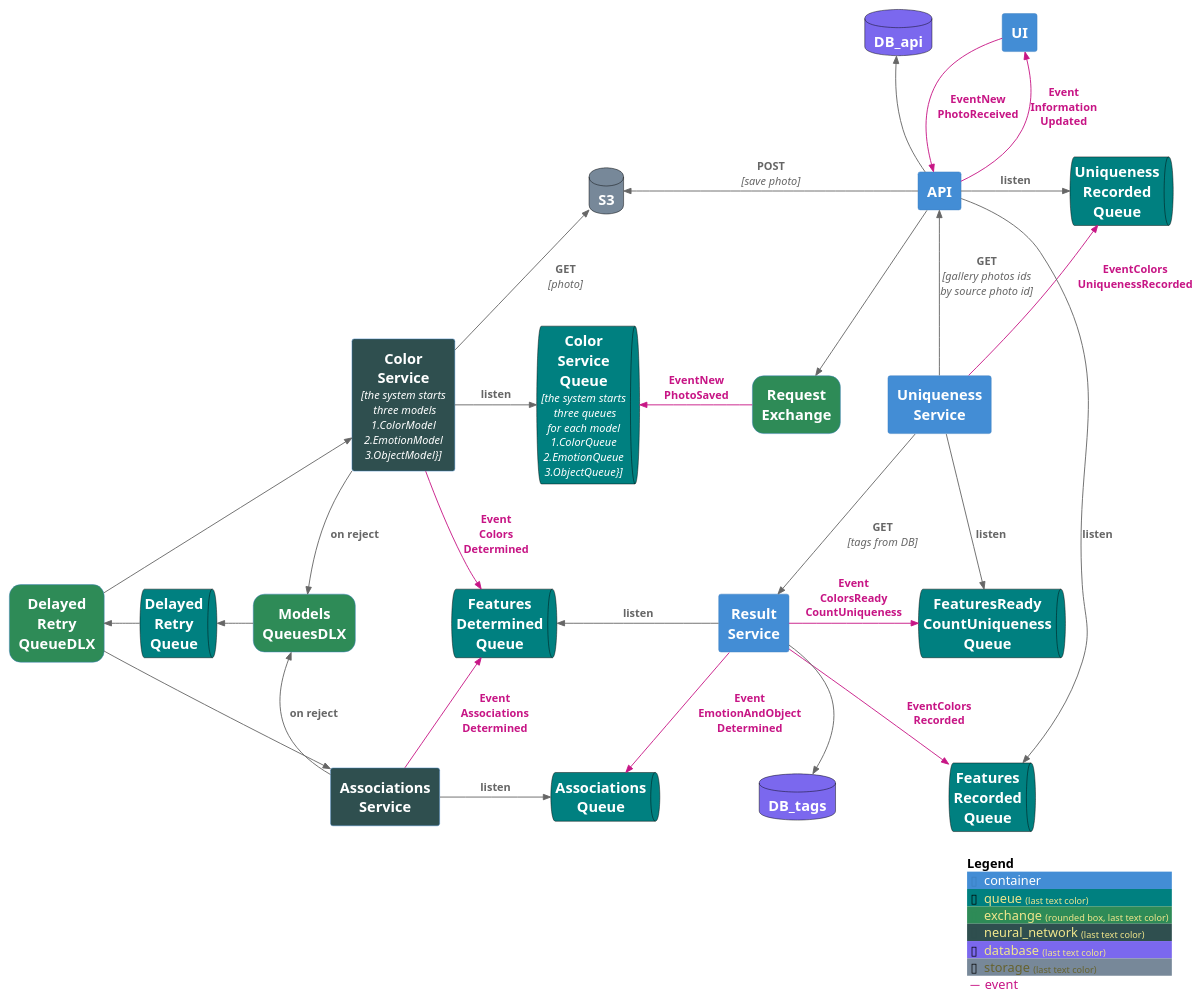
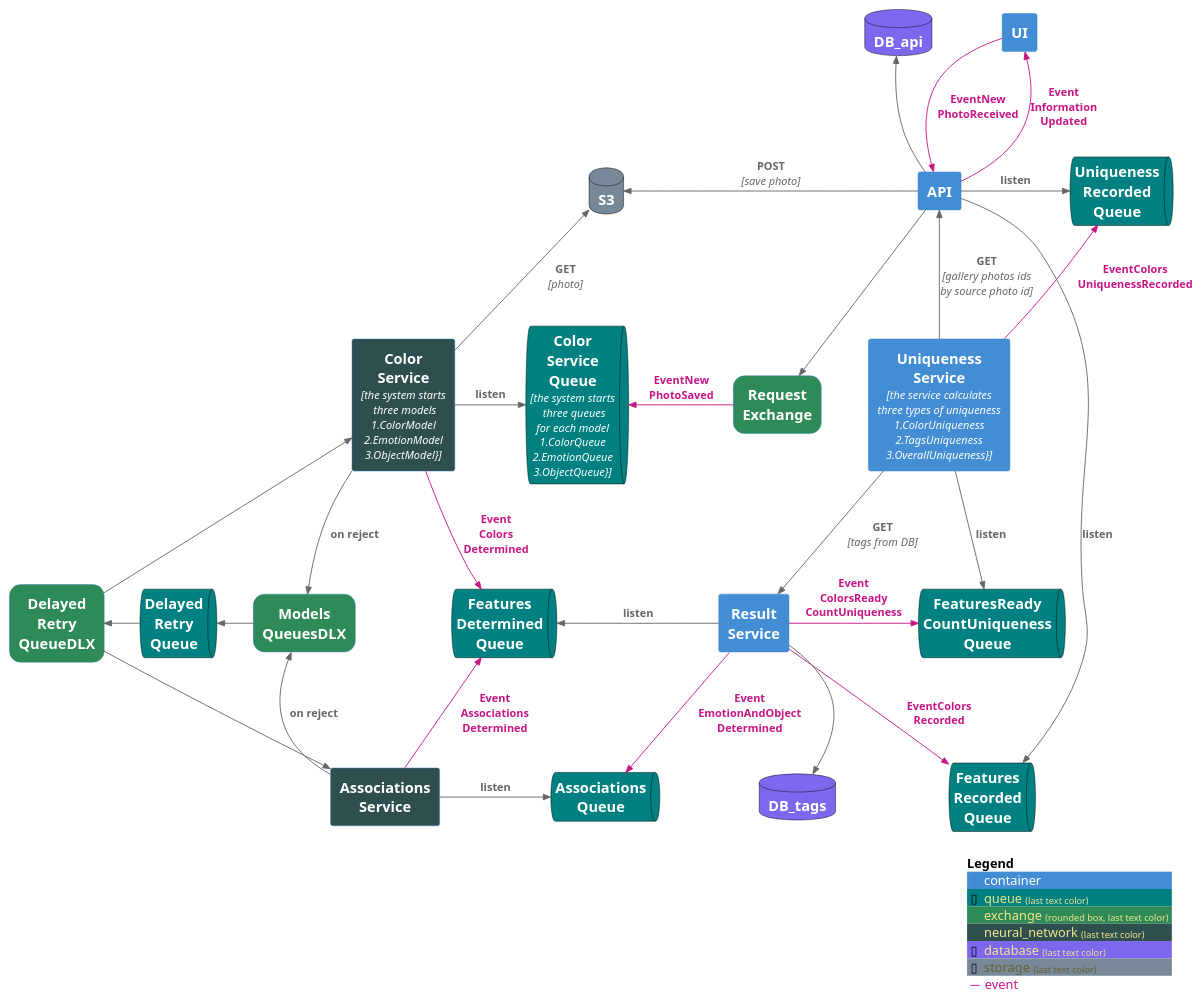
One commit to TourmalineCore/picachu-documentation changed the diagram in system_components_diagram.puml. Above: the diagram before and after it, drawn with PlantUML. The commit also changed 1 other file, not shown here.

Commit message:
feat(doc): #85zrxapwf: add description of uniqueness service

```diff
--- a/system_components_diagram.puml
+++ b/system_components_diagram.puml
@@ -1,104 +1,104 @@
 @startuml C4_Elements
 !include https://raw.githubusercontent.com/plantuml-stdlib/C4-PlantUML/master/C4_Container.puml
 HIDE_STEREOTYPE()
 
 AddElementTag("queue", $bgColor="Teal",$borderColor="black")
 AddElementTag("exchange", $bgColor="SeaGreen",$shape=RoundedBoxShape())
 AddElementTag("neural_network", $bgColor="DarkSlateGray")
 AddElementTag("database", $bgColor="MediumSlateBlue",$borderColor="black")
 AddElementTag("storage", $bgColor="LightSlateGray",$borderColor="black")
 AddRelTag("event", $textColor="MediumVioletRed", $lineColor="MediumVioletRed")
 
 Container(UI, "UI", "", "")
 Container(API, "API", "", "")
 
 ContainerQueue(ColorServiceQueue, "Color\nService\nQueue", "the system starts\n three queues\nfor each model\n1.ColorQueue\n2.EmotionQueue\n3.ObjectQueue}", "",$tags = "queue")
 
 ContainerDb(S3, "S3", "", "",$tags="storage")
 ContainerDb(DB, "DB_api", "", "",$tags="database")
 ContainerDb(DB_tags, "DB_tags", "", "", $tags="database")
 ContainerQueue(DelayedRetryQueue, "Delayed\nRetry\nQueue", "", "",  $tags = "queue")
 Container(ColorService, "Color\nService", "the system starts\n three models\n1.ColorModel\n2.EmotionModel\n3.ObjectModel}", "",$tags="neural_network")
 
 Container(RequestExchange, "Request\nExchange", "", "", $tags ="exchange")
 
 Container(ModelsQueuesDLX, "Models\nQueuesDLX", "", "",$tags ="exchange")
 Container(DelayedRetryQueueDLX, "Delayed\nRetry\nQueueDLX", "", "",$tags ="exchange")
 
 Container(ResultService, "Result\nService", "", "")
 ContainerQueue(FeaturesDeterminedQueue, "Features\nDetermined\nQueue", "", "",$tags = "queue")
 
 ContainerQueue(AssociationsQueue, "Associations\nQueue", "", "",$tags = "queue")
 Container(AssociationsService, "Associations\nService", "", "",$tags="neural_network")
 
-Container(UniquenessService, "Uniqueness\nService", "", "")
+Container(UniquenessService, "Uniqueness\nService", "the service calculates\nthree types of uniqueness \n1.ColorUniqueness\n2.TagsUniqueness\n3.OverallUniqueness}", "")
 ContainerQueue(FeaturesReadyСountUniquenessQueue, "FeaturesReady\nСountUniqueness\nQueue", "", "",$tags = "queue")
 ContainerQueue(UniquenessRecordedQueue, "Uniqueness\nRecorded\nQueue", "", "",$tags = "queue")
 ContainerQueue(FeaturesRecordedQueue, "Features\nRecorded\nQueue", "", "",$tags = "queue")
 
 
 Rel_D(UI, API, "EventNew\nPhotoReceived", "",$tags ="event")
 
 Rel_U(API, UI, "Event\nInformation\nUpdated", "",$tags ="event")
 
 Rel_D(API, RequestExchange, " ", "")
 Rel_L(API, S3, "POST", "save photo")
 Rel_U(API, DB, " ", "")
 Rel_L(RequestExchange, ColorServiceQueue, "EventNew\nPhotoSaved", "",$tags ="event")
 Rel_R(ColorService, ColorServiceQueue, "listen", "")
 Rel_U(ColorService, S3, "GET", "photo")
 
 Rel(ColorService, FeaturesDeterminedQueue, "Event\nColors\nDetermined", "",$tags ="event")
 Lay_U(FeaturesDeterminedQueue,ColorServiceQueue)
 
 
 Lay_U(AssociationsQueue,ColorServiceQueue)
 
 Rel_R(AssociationsService, AssociationsQueue, "listen", "")
 
 Lay_U(AssociationsService,ModelsQueuesDLX)
 Lay_U(AssociationsService,ColorService)
 Lay_U(DB_tags,RequestExchange)
 
 
 Rel_D(ColorService, ModelsQueuesDLX, "on reject", "")
 Rel_U(AssociationsService, ModelsQueuesDLX, "on reject", "")
 
 Rel_L(ModelsQueuesDLX, DelayedRetryQueue, " ", "")
 Rel_L(DelayedRetryQueue, DelayedRetryQueueDLX, " ", "")
 
 Rel(DelayedRetryQueueDLX, ColorService, " ", "")
 
 Lay_R(DelayedRetryQueueDLX,DelayedRetryQueue)
 Lay_R(DelayedRetryQueue,ModelsQueuesDLX)
 Lay_U(DelayedRetryQueueDLX,ColorService)
 
 Rel(DelayedRetryQueueDLX, AssociationsService, " ", "")
 Rel_U(AssociationsService, FeaturesDeterminedQueue, "Event\nAssociations\nDetermined", "",$tags ="event")
 
 Rel_L(ResultService, FeaturesDeterminedQueue, "listen", "")
 Rel(ResultService, FeaturesRecordedQueue, "EventColors\nRecorded", "",,$tags ="event")
 
 Rel_D(ResultService, AssociationsQueue, "Event\nEmotionAndObject\nDetermined", $tags ="event")
 Rel_D(ResultService, DB_tags, " ", "")
 
 Rel_R(ResultService, FeaturesReadyСountUniquenessQueue, "Event\nColorsReady\nСountUniqueness", "",$tags ="event")
 Rel_D(UniquenessService, FeaturesReadyСountUniquenessQueue, "listen", "")
 
 Rel_D(UniquenessService, ResultService, "GET", "tags from DB")
 
 Rel_U(UniquenessService,UniquenessRecordedQueue ,  "EventColors\nUniquenessRecorded",$tags ="event")
 
 Lay_U(UniquenessService,FeaturesReadyСountUniquenessQueue)
 Lay_R(RequestExchange,UniquenessService)
 
 
 Rel_R(API, UniquenessRecordedQueue,  "listen", "")
 Rel_R(API, FeaturesRecordedQueue,  "listen", "")
 
 Rel_U(UniquenessService,API ,  "GET", "gallery photos ids\nby source photo id")
 Lay_D(FeaturesReadyСountUniquenessQueue,FeaturesRecordedQueue)
 
 
 SHOW_LEGEND(false)
 @enduml
```
